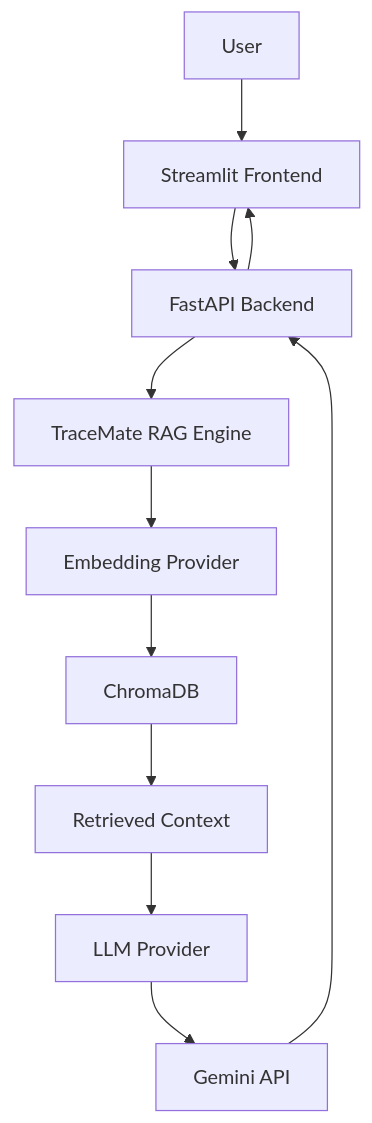
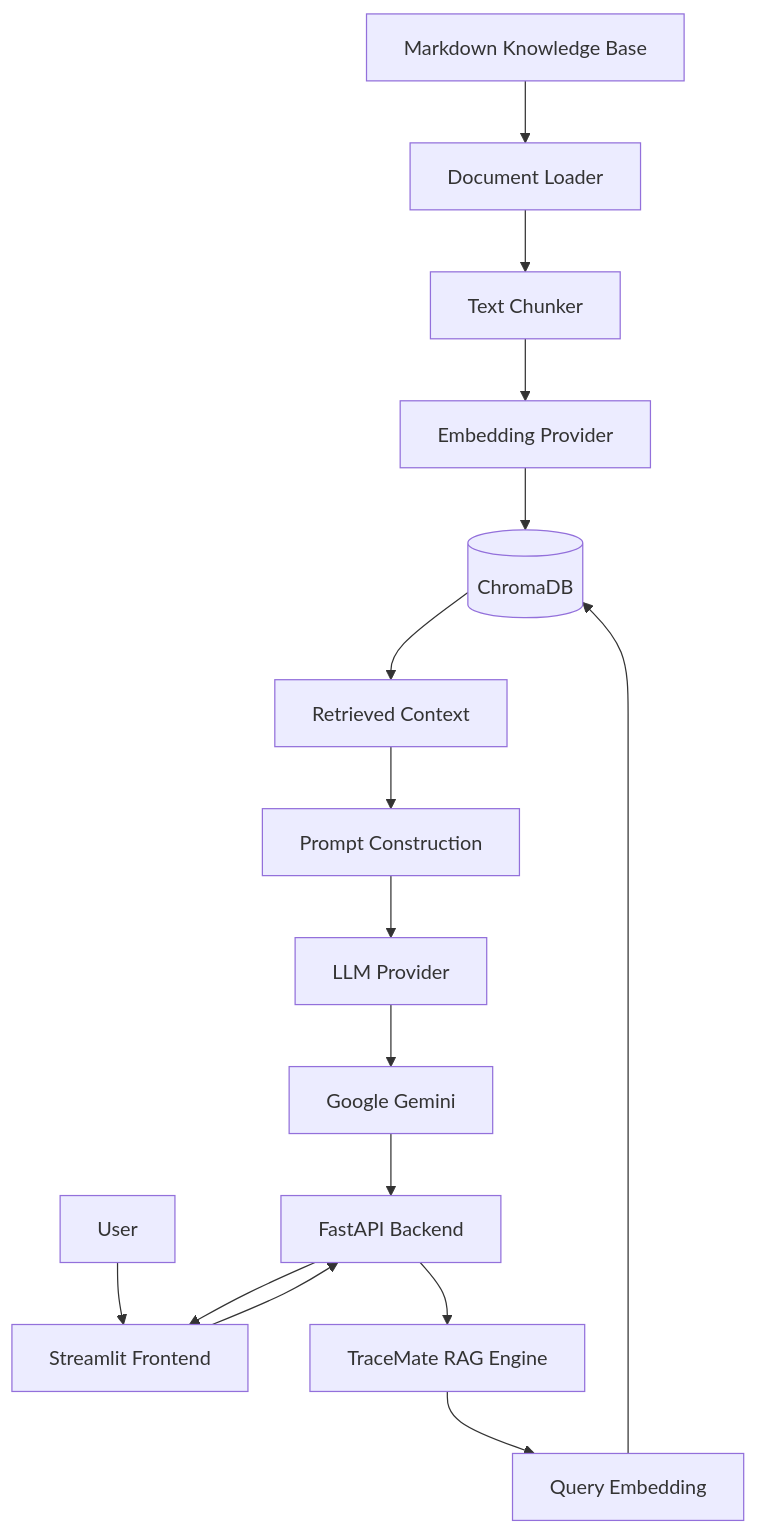
Before and after one commit to ar-lw/TraceMate: the diagram in README.md, drawn with Mermaid. The commit also changed other lines of this file, not shown here.

````diff
--- a/README.md
+++ b/README.md
@@ -31,13 +44,19 @@
 ```mermaid
 flowchart TD
-    A[User] --> B[Streamlit Frontend]
-    B --> C[FastAPI Backend]
-    C --> D[TraceMate RAG Engine]
-    D --> E[Embedding Provider]
-    E --> F[ChromaDB]
-    F --> G[Retrieved Context]
-    G --> H[LLM Provider]
-    H --> I[Gemini API]
-    I --> C
-    C --> B
+    A[Markdown Knowledge Base] --> B[Document Loader]
+    B --> C[Text Chunker]
+    C --> D[Embedding Provider]
+    D --> E[(ChromaDB)]
+
+    F[User] --> G[Streamlit Frontend]
+    G --> H[FastAPI Backend]
+    H --> I[TraceMate RAG Engine]
+    I --> J[Query Embedding]
+    J --> E
+    E --> K[Retrieved Context]
+    K --> L[Prompt Construction]
+    L --> M[LLM Provider]
+    M --> N[Google Gemini]
+    N --> H
+    H --> G
 ```
````
